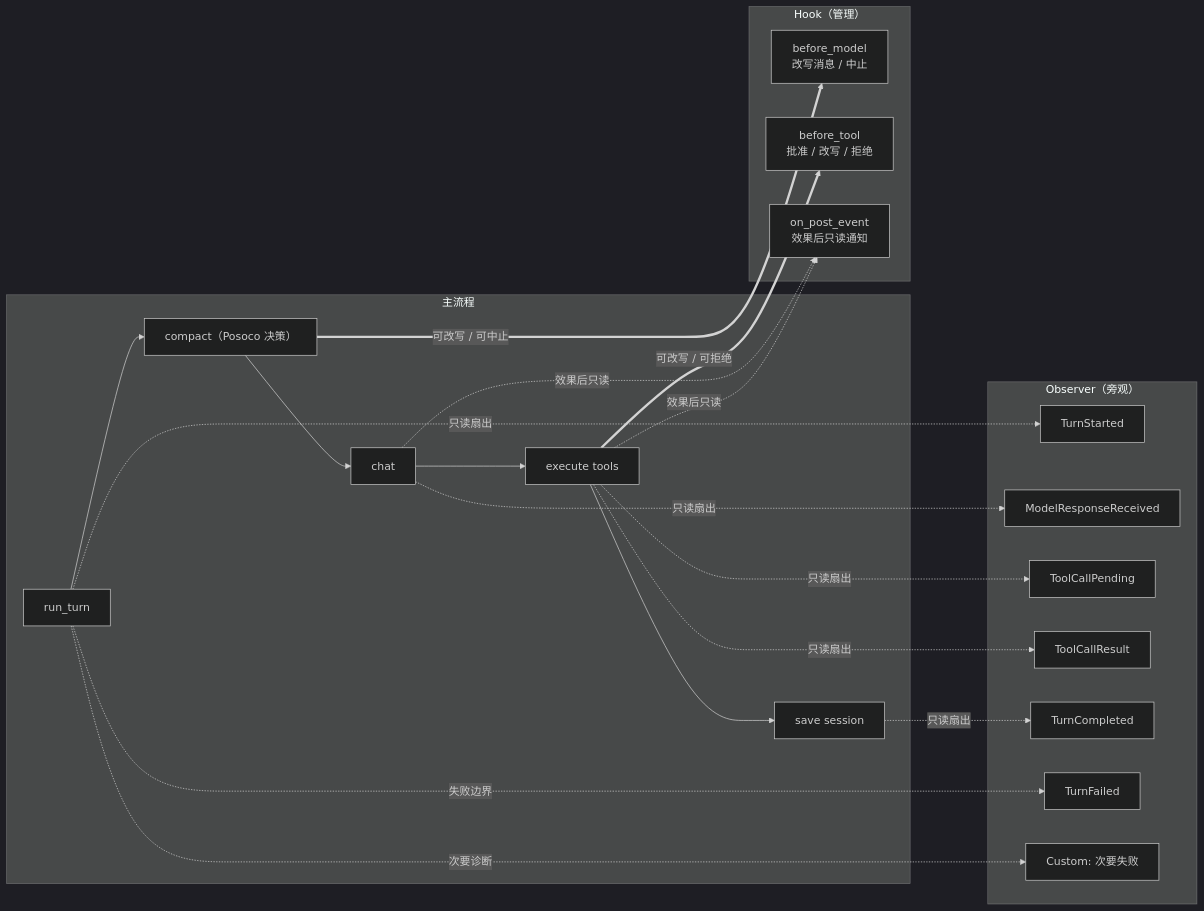
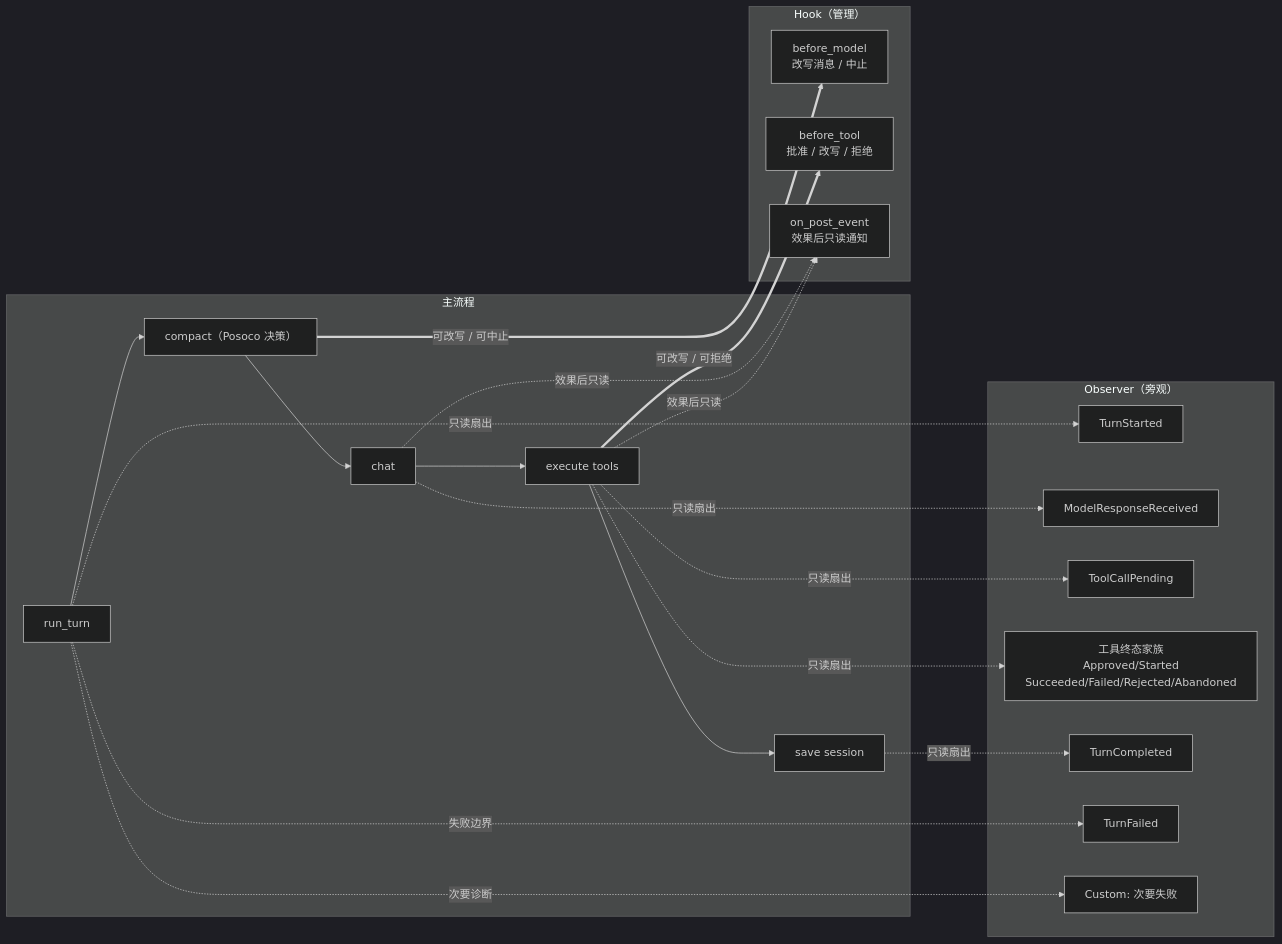
Before and after one commit to colmugx/posoco: the third of 5 diagrams in docs/02-architecture.md, drawn with Mermaid (dark theme). The commit also changed other lines of this file and 28 other files, not shown here.

````diff
--- a/docs/02-architecture.md
+++ b/docs/02-architecture.md
@@ -174,38 +174,38 @@
 ```mermaid
 graph LR
   subgraph "主流程"
     A["run_turn"] --> B["compact（Posoco 决策）"]
     B --> C["chat"]
     C --> D["execute tools"]
     D --> E["save session"]
   end
 
   subgraph "Observer（旁观）"
     O1["TurnStarted"]
     O2["ModelResponseReceived"]
     O3["ToolCallPending"]
-    O4["ToolCallResult"]
+    O4["工具终态家族<br/>Approved/Started<br/>Succeeded/Failed/Rejected/Abandoned"]
     O5["TurnCompleted"]
     O6["TurnFailed"]
     O7["Custom: 次要失败"]
   end
 
   subgraph "Hook（管理）"
     H1["before_model<br/>改写消息 / 中止"]
     H2["before_tool<br/>批准 / 改写 / 拒绝"]
     H3["on_post_event<br/>效果后只读通知"]
   end
 
   A -.->|只读扇出| O1
   C -.->|只读扇出| O2
   D -.->|只读扇出| O3
   D -.->|只读扇出| O4
   E -.->|只读扇出| O5
   A -.->|失败边界| O6
   A -.->|次要诊断| O7
 
   B ==>|可改写 / 可中止| H1
   D ==>|可改写 / 可拒绝| H2
   C -.->|效果后只读| H3
   D -.->|效果后只读| H3
 ```
````
